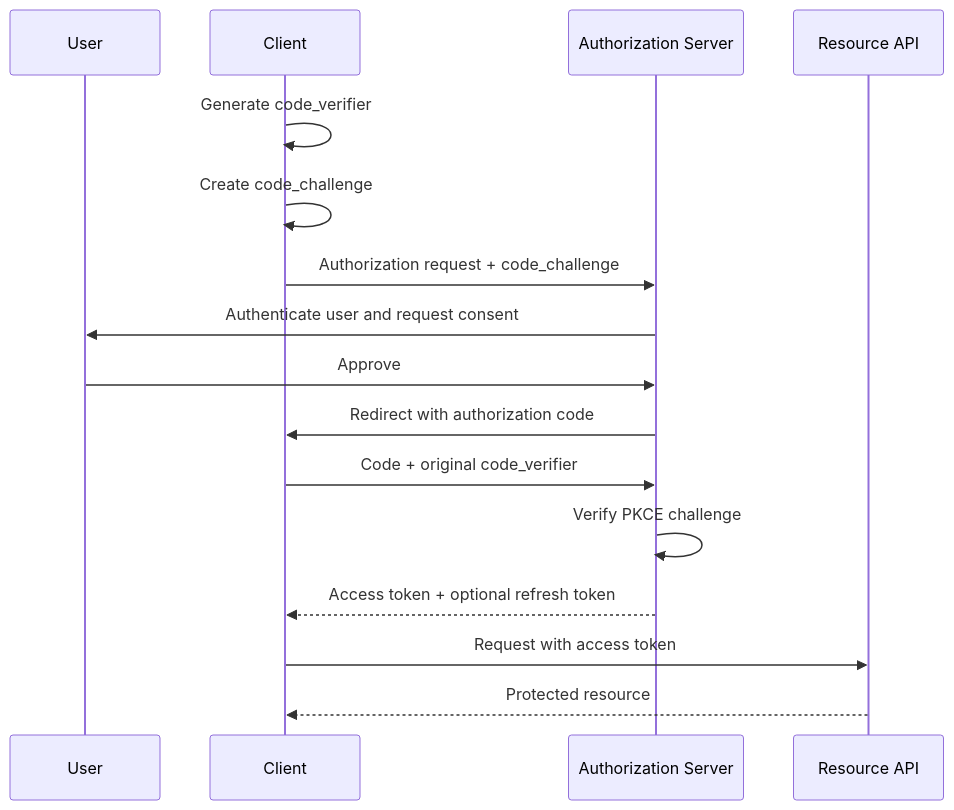
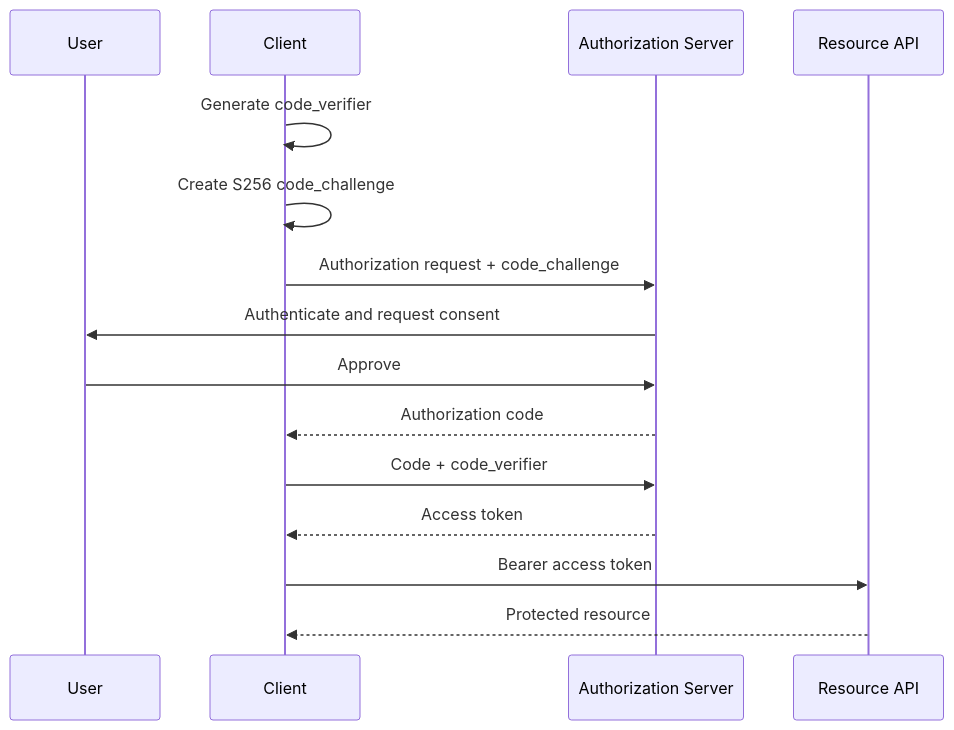
One commit to AvadhBhalodiya/Interview-Preparation changed the second of 5 diagrams in src/content/api-design/authn-authz-oauth-jwt.md. Above: the diagram before and after it, drawn with Mermaid. The commit also changed other lines of this file and 54 other files, not shown here.

````diff
--- a/src/content/api-design/authn-authz-oauth-jwt.md
+++ b/src/content/api-design/authn-authz-oauth-jwt.md
@@ -357,19 +307,18 @@
 ```mermaid
 sequenceDiagram
     participant U as User
     participant C as Client
     participant AS as Authorization Server
     participant API as Resource API
 
     C->>C: Generate code_verifier
-    C->>C: Create code_challenge
+    C->>C: Create S256 code_challenge
     C->>AS: Authorization request + code_challenge
-    AS->>U: Authenticate user and request consent
+    AS->>U: Authenticate and request consent
     U->>AS: Approve
-    AS->>C: Redirect with authorization code
-    C->>AS: Code + original code_verifier
-    AS->>AS: Verify PKCE challenge
-    AS-->>C: Access token + optional refresh token
-    C->>API: Request with access token
+    AS-->>C: Authorization code
+    C->>AS: Code + code_verifier
+    AS-->>C: Access token
+    C->>API: Bearer access token
     API-->>C: Protected resource
 ```
````
